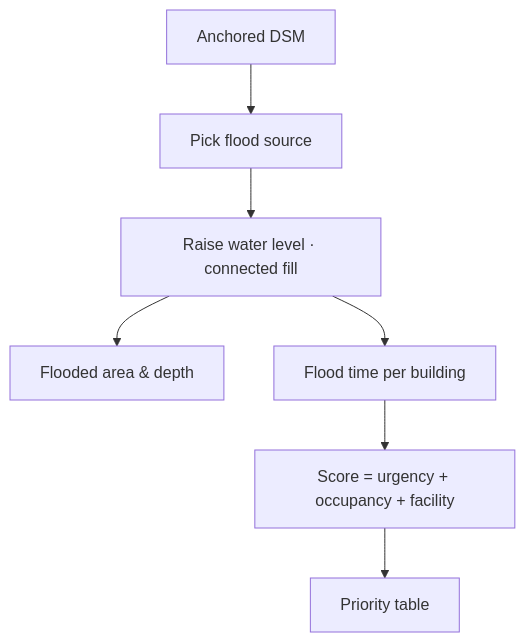
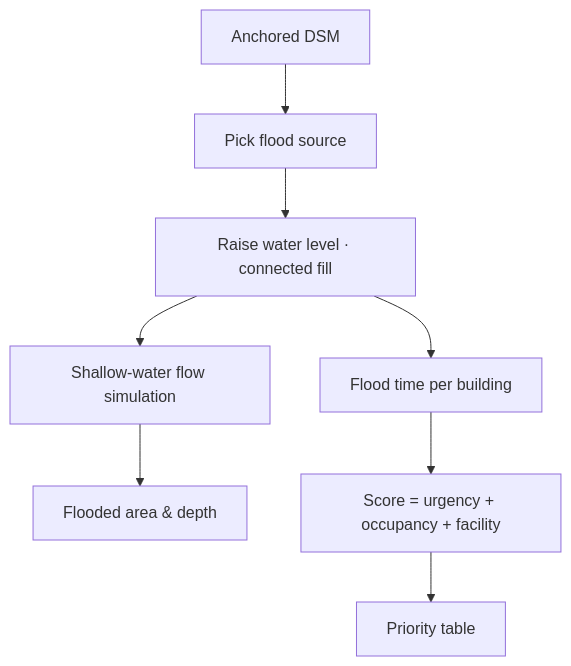
The diagram in Docs-Site/src/content/docs/guide/scenarios.mdx (AbhayKale332/DW-Team_ENDRA), drawn with Mermaid before and after one commit. The commit also changed other lines of this file and 31 other files, not shown here.

````diff
--- a/Docs-Site/src/content/docs/guide/scenarios.mdx
+++ b/Docs-Site/src/content/docs/guide/scenarios.mdx
@@ -35,7 +35,7 @@
 ```mermaid
 flowchart TB
   A[Anchored DSM] --> B[Pick flood source] --> C[Raise water level · connected fill]
-  C --> D[Flooded area & depth]
+  C --> S[Shallow-water flow simulation] --> D[Flooded area & depth]
   C --> E[Flood time per building]
   E --> F[Score = urgency + occupancy + facility] --> G[Priority table]
 ```
````
